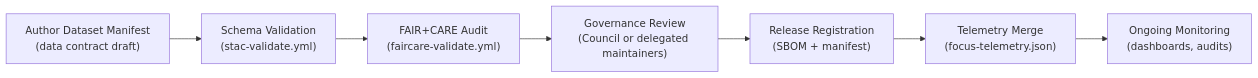
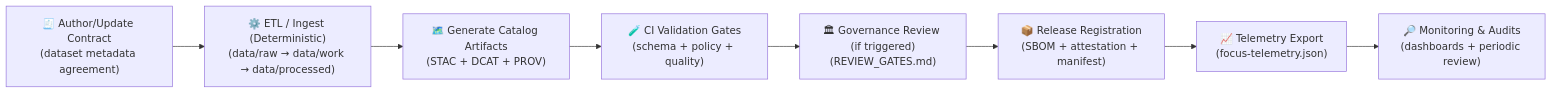
One commit to bartytime4life/Kansas-Frontier-Matrix changed the diagram in docs/standards/data-contracts.md. Above: the diagram before and after it, drawn with Mermaid. The commit also changed other lines of this file, not shown here.

````diff
--- a/docs/standards/data-contracts.md
+++ b/docs/standards/data-contracts.md
@@ -249,9 +311,10 @@
-~~~mermaid
+```mermaid
 flowchart LR
-  A["Author Dataset Manifest<br/>(data contract draft)"] --> B["Schema Validation<br/>(stac-validate.yml)"]
-  B --> C["FAIR+CARE Audit<br/>(faircare-validate.yml)"]
-  C --> D["Governance Review<br/>(Council or delegated maintainers)"]
-  D --> E["Release Registration<br/>(SBOM + manifest)"]
-  E --> F["Telemetry Merge<br/>(focus-telemetry.json)"]
-  F --> G["Ongoing Monitoring<br/>(dashboards, audits)"]
-~~~
+  A["🧾 Author/Update Contract<br/>(dataset metadata agreement)"] --> B["⚙️ ETL / Ingest (Deterministic)<br/>(data/raw → data/work → data/processed)"]
+  B --> C["🗺️ Generate Catalog Artifacts<br/>(STAC + DCAT + PROV)"]
+  C --> D["🧪 CI Validation Gates<br/>(schema + policy + quality)"]
+  D --> E["🏛 Governance Review (if triggered)<br/>(REVIEW_GATES.md)"]
+  E --> F["📦 Release Registration<br/>(SBOM + attestation + manifest)"]
+  F --> G["📈 Telemetry Export<br/>(focus-telemetry.json)"]
+  G --> H["🔎 Monitoring & Audits<br/>(dashboards + periodic review)"]
+```
````
